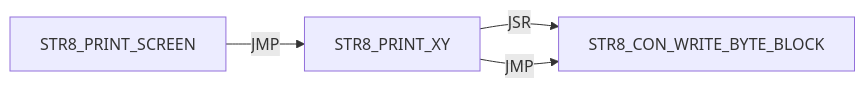
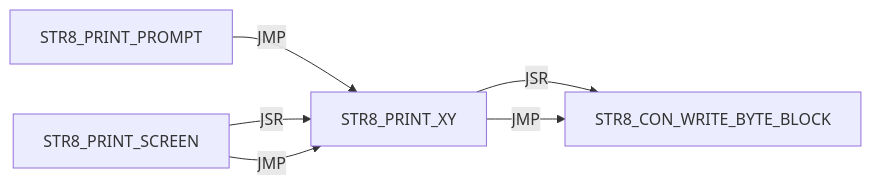
One commit to 95westus/R-YORS changed diagram 23 of 42 in DOC/GUIDES/STR8/STR8_EDGE_DUMP.md. Above: the diagram before and after it, drawn with Mermaid. The commit also changed other lines of this file and 33 other files, not shown here.

````diff
--- a/DOC/GUIDES/STR8/STR8_EDGE_DUMP.md
+++ b/DOC/GUIDES/STR8/STR8_EDGE_DUMP.md
@@ -282,6 +332,8 @@
 ```mermaid
 flowchart LR
-    N0["STR8_PRINT_SCREEN"] -->|JMP| N1["STR8_PRINT_XY"]
-    N1["STR8_PRINT_XY"] -->|JSR| N2["STR8_CON_WRITE_BYTE_BLOCK"]
-    N1["STR8_PRINT_XY"] -->|JMP| N2["STR8_CON_WRITE_BYTE_BLOCK"]
+    N0["STR8_PRINT_PROMPT"] -->|JMP| N1["STR8_PRINT_XY"]
+    N2["STR8_PRINT_SCREEN"] -->|JSR| N1["STR8_PRINT_XY"]
+    N2["STR8_PRINT_SCREEN"] -->|JMP| N1["STR8_PRINT_XY"]
+    N1["STR8_PRINT_XY"] -->|JSR| N3["STR8_CON_WRITE_BYTE_BLOCK"]
+    N1["STR8_PRINT_XY"] -->|JMP| N3["STR8_CON_WRITE_BYTE_BLOCK"]
 ```
````
